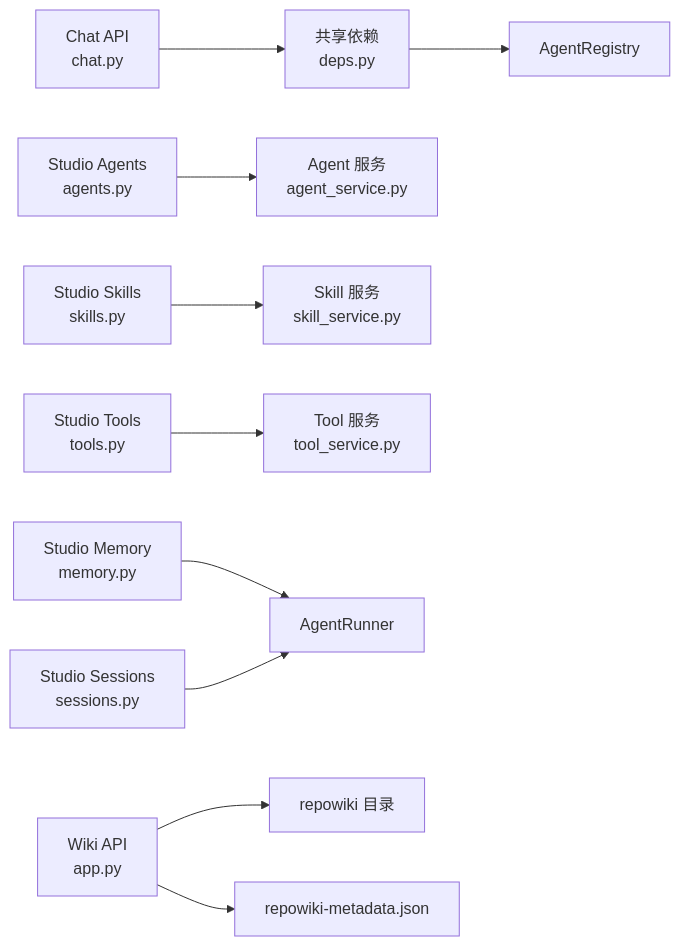
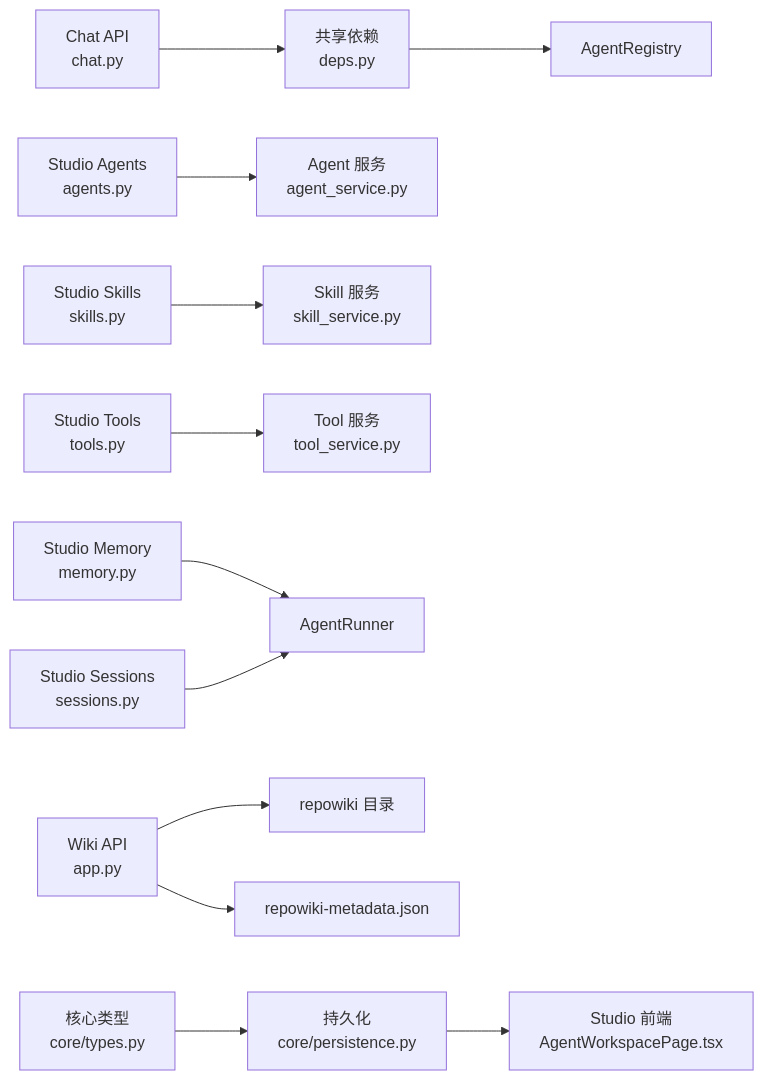
Diagram 14 of 14 in repowiki/zh/content/API 接口文档/API 接口文档.md (YU-JI-KUI/ark-agentic), drawn with Mermaid before and after one commit. The commit also changed other lines of this file and 6 other files, not shown here.

Commit message:
update doc and add mermaid js

````diff
--- a/repowiki/zh/content/API 接口文档/API 接口文档.md
+++ b/repowiki/zh/content/API 接口文档/API 接口文档.md
@@ -456,12 +517,14 @@
 ```mermaid
 graph LR
 Chat["Chat API<br/>chat.py"] --> Deps["共享依赖<br/>deps.py"]
 Deps --> Registry["AgentRegistry"]
 StudioAgents["Studio Agents<br/>agents.py"] --> AgentSvc["Agent 服务<br/>agent_service.py"]
 StudioSkills["Studio Skills<br/>skills.py"] --> SkillSvc["Skill 服务<br/>skill_service.py"]
 StudioTools["Studio Tools<br/>tools.py"] --> ToolSvc["Tool 服务<br/>tool_service.py"]
 StudioMemory["Studio Memory<br/>memory.py"] --> AgentRunner["AgentRunner"]
 StudioSessions["Studio Sessions<br/>sessions.py"] --> AgentRunner
 WikiAPI["Wiki API<br/>app.py"] --> WikiRoot["repowiki 目录"]
 WikiAPI --> MetaFile["repowiki-metadata.json"]
+Types["核心类型<br/>core/types.py"] --> Persistence["持久化<br/>core/persistence.py"]
+Persistence --> StudioFrontend["Studio 前端<br/>AgentWorkspacePage.tsx"]
 ```
````
